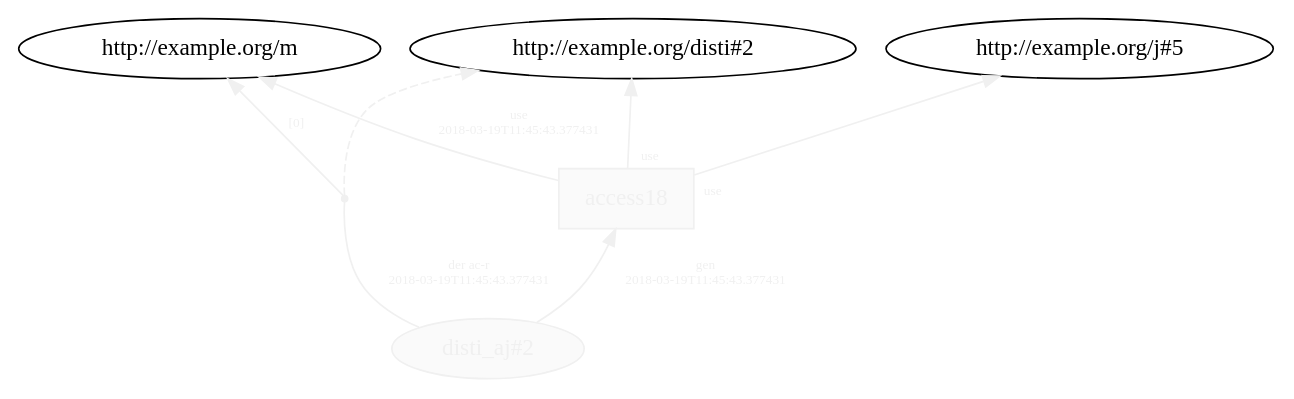
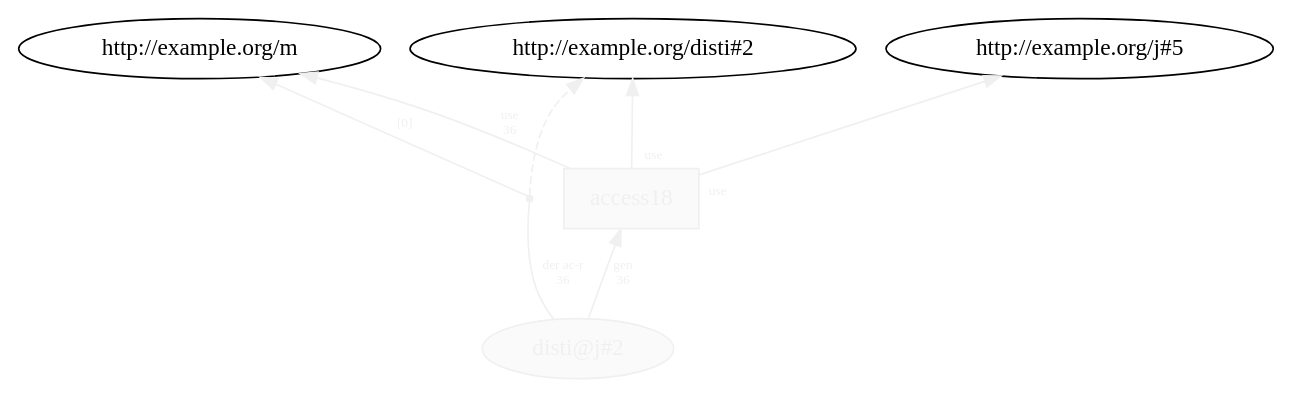
One commit to dew-uff/versioned-prov changed the diagram in generated/versioned_prov/temp/L20__access_2.dot. Above: the diagram before and after it, drawn with Graphviz. The commit also changed 1178 other files, not shown here.

```diff
--- a/generated/versioned_prov/temp/L20__access_2.dot
+++ b/generated/versioned_prov/temp/L20__access_2.dot
@@ -1,15 +1,15 @@
 digraph "PROV" { size="16,12"; rankdir="BT";
-"http://example.org/disti_aj#2" [fillcolor="#FAFAFA",color="#F0F0F0",style="filled",fontcolor="#F0F0F0",label="disti_aj#2",URL="http://example.org/disti_aj#2"]
+"http://example.org/disti@j#2" [fillcolor="#FAFAFA",color="#F0F0F0",style="filled",fontcolor="#F0F0F0",label="disti@j#2",URL="http://example.org/disti@j#2"]
 "http://example.org/access18" [fillcolor="#FAFAFA",color="#F0F0F0",shape="polygon",sides="4",style="filled",fontcolor="#F0F0F0",label="access18",URL="http://example.org/access18"]
 "bn0" [shape="point",label="",fontcolor="#F0F0F0",color="#F0F0F0"]
-"http://example.org/disti_aj#2" -> "bn0" [fontsize="8",distance="1.5",angle="60.0",rotation="20",label="der ac-r
-2018-03-19T11:45:43.377431",arrowhead="none",fontcolor="#F0F0F0",color="#F0F0F0"]
+"http://example.org/disti@j#2" -> "bn0" [fontsize="8",distance="1.5",angle="60.0",rotation="20",label="der ac-r
+36",arrowhead="none",fontcolor="#F0F0F0",color="#F0F0F0"]
 "bn0" -> "http://example.org/disti#2" [style="dashed",fontcolor="#F0F0F0",color="#F0F0F0"]
 "bn0" -> "http://example.org/m" [fontsize="8",distance="1.5",angle="60.0",rotation="20",label="[0]",fontcolor="#F0F0F0",color="#F0F0F0"]
 "http://example.org/access18" -> "http://example.org/disti#2" [labelfontsize="8",labeldistance="1.5",labelangle="60.0",rotation="20",taillabel="use",fontcolor="#F0F0F0",color="#F0F0F0"]
 "http://example.org/access18" -> "http://example.org/j#5" [labelfontsize="8",labeldistance="1.5",labelangle="60.0",rotation="20",taillabel="use",fontcolor="#F0F0F0",color="#F0F0F0"]
 "http://example.org/access18" -> "http://example.org/m" [fontsize="8",distance="1.5",angle="60.0",rotation="20",label="use
-2018-03-19T11:45:43.377431",fontcolor="#F0F0F0",color="#F0F0F0"]
-"http://example.org/disti_aj#2" -> "http://example.org/access18" [fontsize="8",distance="1.5",angle="60.0",rotation="20",label="gen
-2018-03-19T11:45:43.377431",fontcolor="#F0F0F0",color="#F0F0F0"]
+36",fontcolor="#F0F0F0",color="#F0F0F0"]
+"http://example.org/disti@j#2" -> "http://example.org/access18" [fontsize="8",distance="1.5",angle="60.0",rotation="20",label="gen
+36",fontcolor="#F0F0F0",color="#F0F0F0"]
 }
```
